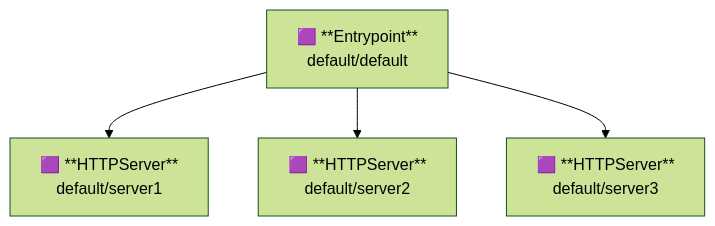
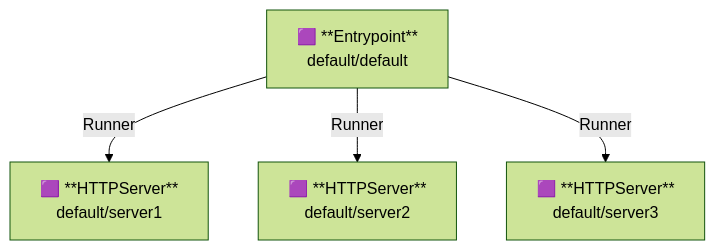
The second of 2 diagrams in examples/vanilla-server/README.md (aileron-gateway/aileron-gateway), drawn with Mermaid (forest theme) before and after one commit. The commit also changed other lines of this file and 244 other files, not shown here.

````diff
--- a/examples/vanilla-server/README.md
+++ b/examples/vanilla-server/README.md
@@ -105,11 +68,11 @@
 ```mermaid
 graph TD
   Entrypoint["🟪 **Entrypoint**</br>default/default"]
   HTTPServer1["🟪 **HTTPServer**</br>default/server1"]
   HTTPServer2["🟪 **HTTPServer**</br>default/server2"]
   HTTPServer3["🟪 **HTTPServer**</br>default/server3"]
 
-  Entrypoint --> HTTPServer1
-  Entrypoint --> HTTPServer2
-  Entrypoint --> HTTPServer3
+  Entrypoint --"Runner"--> HTTPServer1
+  Entrypoint --"Runner"--> HTTPServer2
+  Entrypoint --"Runner"--> HTTPServer3
 ```
````
